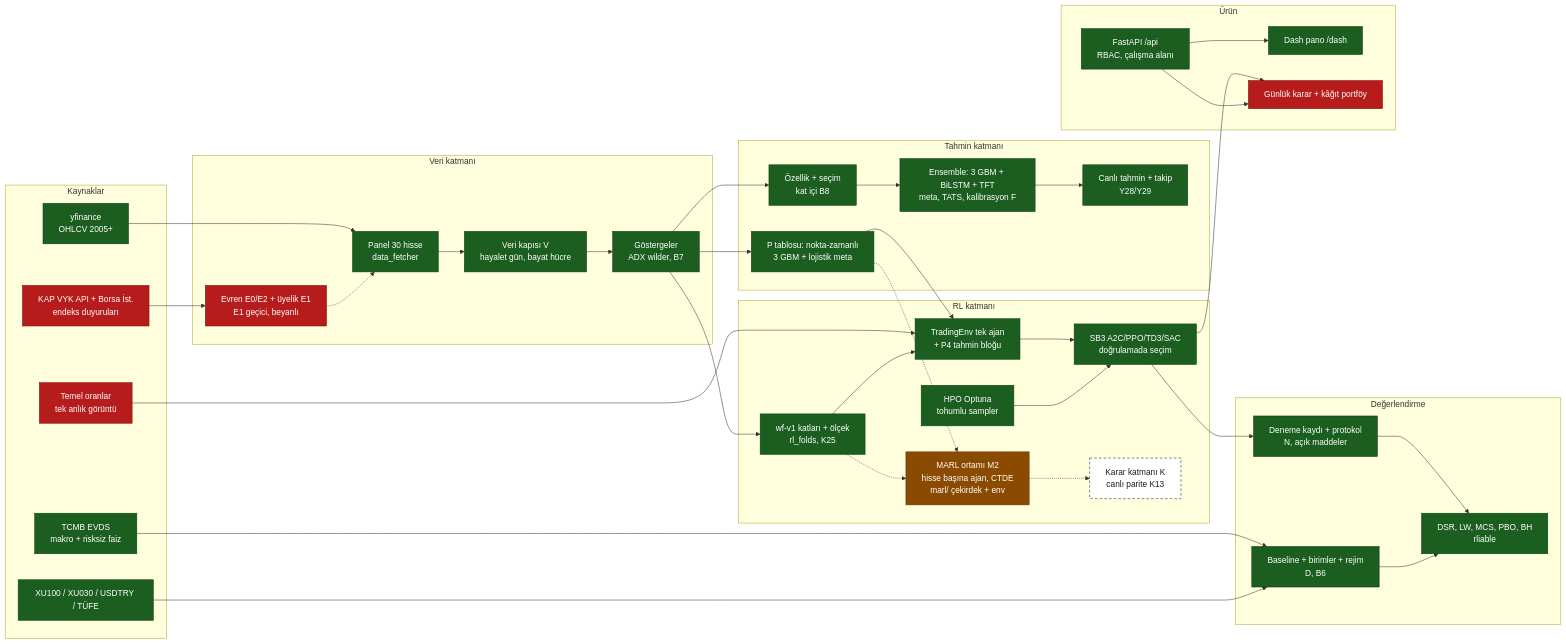
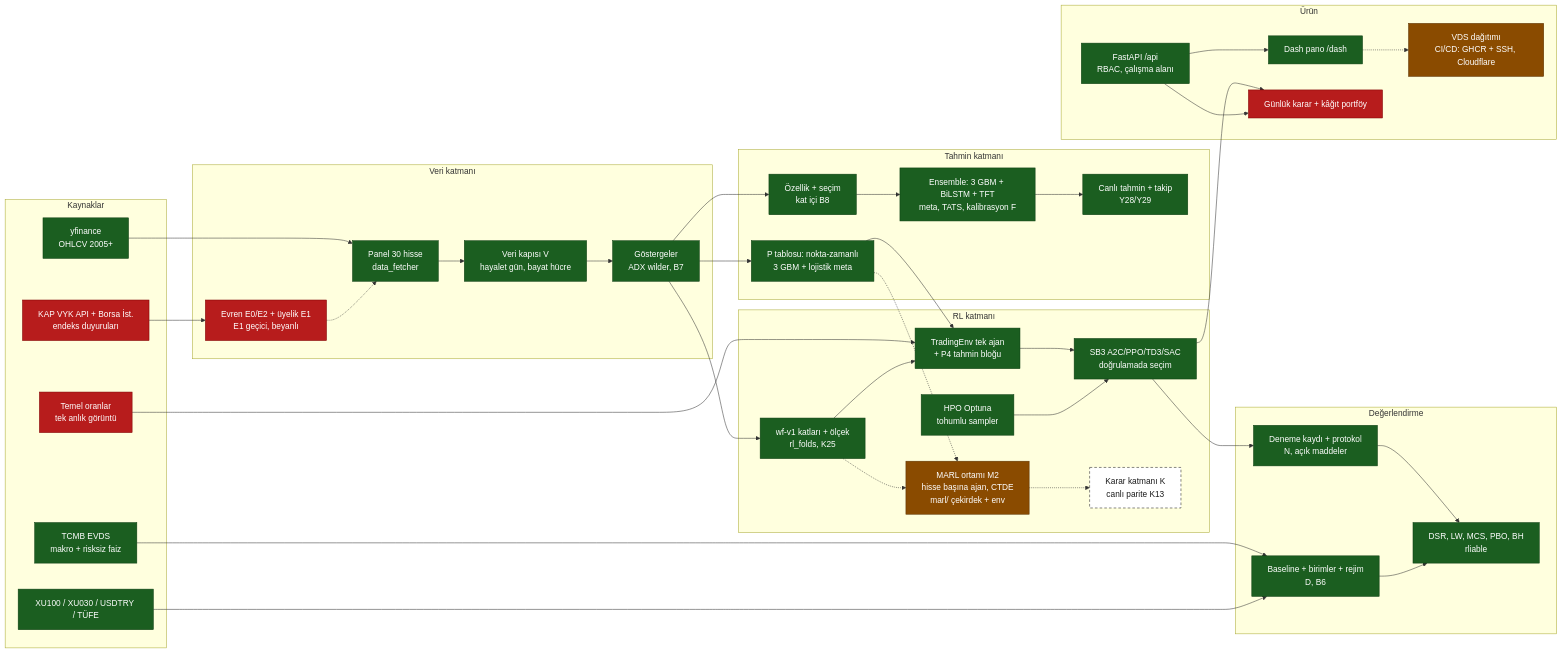
Before and after one commit to softdevcan/RL-Trading-Project: the first of 2 diagrams in docs/development/system-map.md, drawn with Mermaid. The commit also changed other lines of this file and 12 other files, not shown here.

First line of the commit message:
feat(deploy): GitHub Actions CI ve GHCR -> VDS dagitimi

````diff
--- a/docs/development/system-map.md
+++ b/docs/development/system-map.md
@@ -30,71 +30,73 @@
 ```mermaid
 flowchart LR
   classDef done fill:#1b5e20,stroke:#0b3d10,color:#ffffff
   classDef partial fill:#b71c1c,stroke:#7f0000,color:#ffffff
   classDef active fill:#8a4b00,stroke:#5a3000,color:#ffffff
   classDef decision fill:#4a148c,stroke:#2a0060,color:#ffffff
   classDef planned fill:#ffffff,stroke:#1a1a1a,stroke-dasharray:5 4,color:#1a1a1a
 
   subgraph SRC["Kaynaklar"]
     YF["yfinance<br/>OHLCV 2005+"]:::done
     EVDS["TCMB EVDS<br/>makro + risksiz faiz"]:::done
     IDX["XU100 / XU030 / USDTRY / TÜFE"]:::done
     FUND["Temel oranlar<br/>tek anlık görüntü"]:::partial
     KAP["KAP VYK API + Borsa İst.<br/>endeks duyuruları"]:::partial
   end
 
   subgraph DATA["Veri katmanı"]
     PANEL["Panel 30 hisse<br/>data_fetcher"]:::done
     GATE["Veri kapısı V<br/>hayalet gün, bayat hücre"]:::done
     IND["Göstergeler<br/>ADX wilder, B7"]:::done
     UNI["Evren E0/E2 + üyelik E1<br/>E1 geçici, beyanlı"]:::partial
   end
 
   subgraph PRED["Tahmin katmanı"]
     FE["Özellik + seçim<br/>kat içi B8"]:::done
     ENS["Ensemble: 3 GBM + BiLSTM + TFT<br/>meta, TATS, kalibrasyon F"]:::done
     PIT["P tablosu: nokta-zamanlı<br/>3 GBM + lojistik meta"]:::done
     TRK["Canlı tahmin + takip<br/>Y28/Y29"]:::done
   end
 
   subgraph RL["RL katmanı"]
     SPLIT["wf-v1 katları + ölçek<br/>rl_folds, K25"]:::done
     ENV["TradingEnv tek ajan<br/>+ P4 tahmin bloğu"]:::done
     SB3["SB3 A2C/PPO/TD3/SAC<br/>doğrulamada seçim"]:::done
     HPO["HPO Optuna<br/>tohumlu sampler"]:::done
     MENV["MARL ortamı M2<br/>hisse başına ajan, CTDE<br/>marl/ çekirdek + env"]:::active
     DEC["Karar katmanı K<br/>canlı parite K13"]:::planned
   end
 
   subgraph EVAL["Değerlendirme"]
     REG["Deneme kaydı + protokol<br/>N, açık maddeler"]:::done
     STAT["DSR, LW, MCS, PBO, BH<br/>rliable"]:::done
     BASE["Baseline + birimler + rejim<br/>D, B6"]:::done
   end
 
   subgraph PROD["Ürün"]
     API["FastAPI /api<br/>RBAC, çalışma alanı"]:::done
     DASH["Dash pano /dash"]:::done
     LIVE["Günlük karar + kâğıt portföy"]:::partial
+    VDS["VDS dağıtımı<br/>CI/CD: GHCR + SSH, Cloudflare"]:::active
   end
 
   YF --> PANEL --> GATE --> IND
   EVDS --> BASE
   IDX --> BASE
   FUND --> ENV
   KAP --> UNI
   UNI -.-> PANEL
   IND --> FE --> ENS --> TRK
   IND --> PIT
   PIT --> ENV
   IND --> SPLIT --> ENV --> SB3 --> REG
   HPO --> SB3
   REG --> STAT
   BASE --> STAT
   PIT -.-> MENV
   SPLIT -.-> MENV
   MENV -.-> DEC
   SB3 --> LIVE
   API --> DASH
   API --> LIVE
+  DASH -.-> VDS
 ```
````
